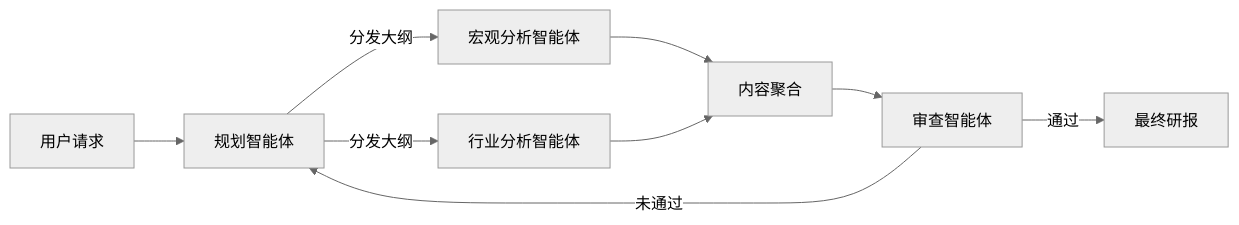
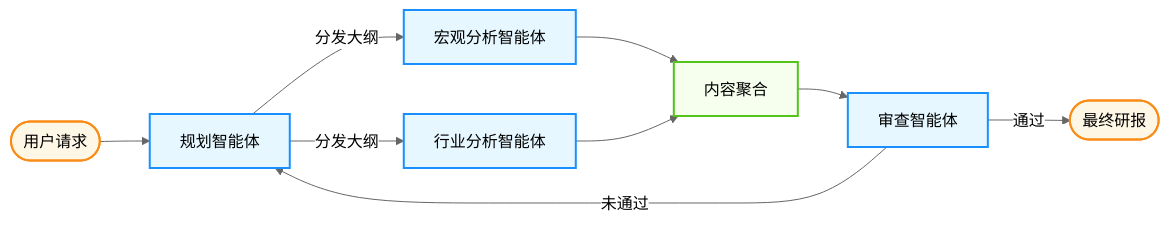
Before and after one commit to yeasy/agentic_ai_guide: the diagram in 01_paradigm/1.5_agentic_workflow.md, drawn with Mermaid (neutral theme). The commit also changed 36 other files, not shown here.

````diff
--- a/01_paradigm/1.5_agentic_workflow.md
+++ b/01_paradigm/1.5_agentic_workflow.md
@@ -142,10 +142,20 @@
     ```mermaid
     graph LR
-        User[用户请求] --> Planner[规划智能体]
+        %% Agentic Design System
+        classDef user fill:#fff7e6,stroke:#fa8c16,stroke-width:2px;
+        classDef agent fill:#e6f7ff,stroke:#1890ff,stroke-width:2px;
+        classDef tool fill:#f6ffed,stroke:#52c41a,stroke-width:2px;
+
+        User([用户请求]) --> Planner[规划智能体]
         Planner -->|分发大纲| WriterA[宏观分析智能体]
         Planner -->|分发大纲| WriterB[行业分析智能体]
         WriterA & WriterB --> aggregator[内容聚合]
         aggregator --> Reviewer[审查智能体]
         Reviewer -->|未通过| Planner
-        Reviewer -->|通过| Output[最终研报]
+        Reviewer -->|通过| Output([最终研报])
+        
+        class User user;
+        class Planner,WriterA,WriterB,Reviewer agent;
+        class aggregator tool;
+        class Output user;
     ```
````
